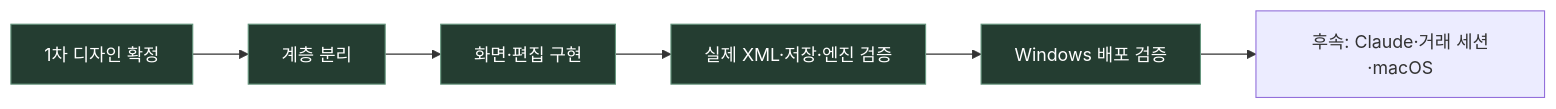
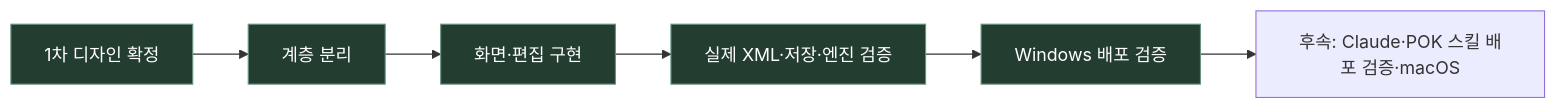
The fourth of 4 diagrams in docs/CURRENT-PLAN.md (skerfolg/pok-ui), drawn with Mermaid before and after one commit. The commit also changed other lines of this file and 66 other files, not shown here.

````diff
--- a/docs/CURRENT-PLAN.md
+++ b/docs/CURRENT-PLAN.md
@@ -46,8 +111,8 @@
 ```mermaid
 flowchart LR
   A[1차 디자인 확정]:::done --> B[계층 분리]:::done --> C[화면·편집 구현]:::done
   C --> D[실제 XML·저장·엔진 검증]:::done --> E[Windows 배포 검증]:::done
-  E --> F[후속: Claude·거래 세션·macOS]
+  E --> F[후속: Claude·POK 스킬 배포 검증·macOS]
   classDef done fill:#243d31,stroke:#65967d,color:#fff
   classDef active fill:#4b4025,stroke:#bca46c,color:#fff
 ```
````
